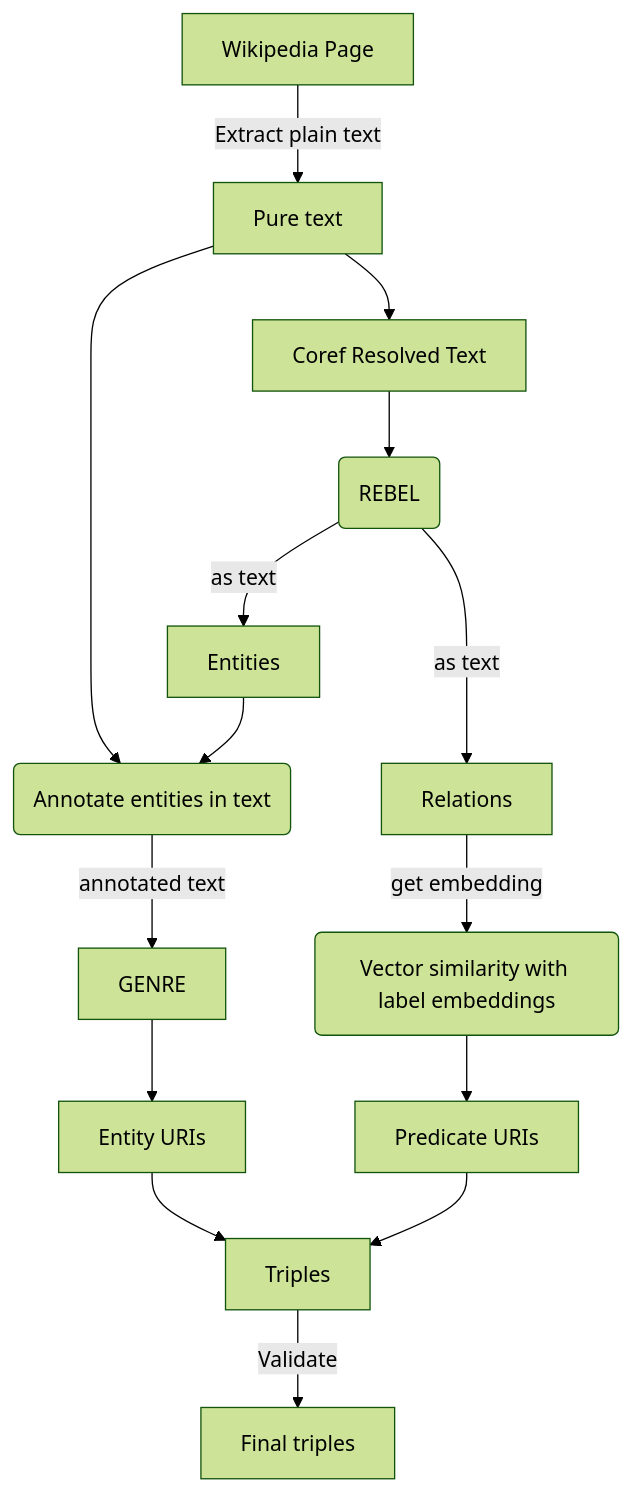
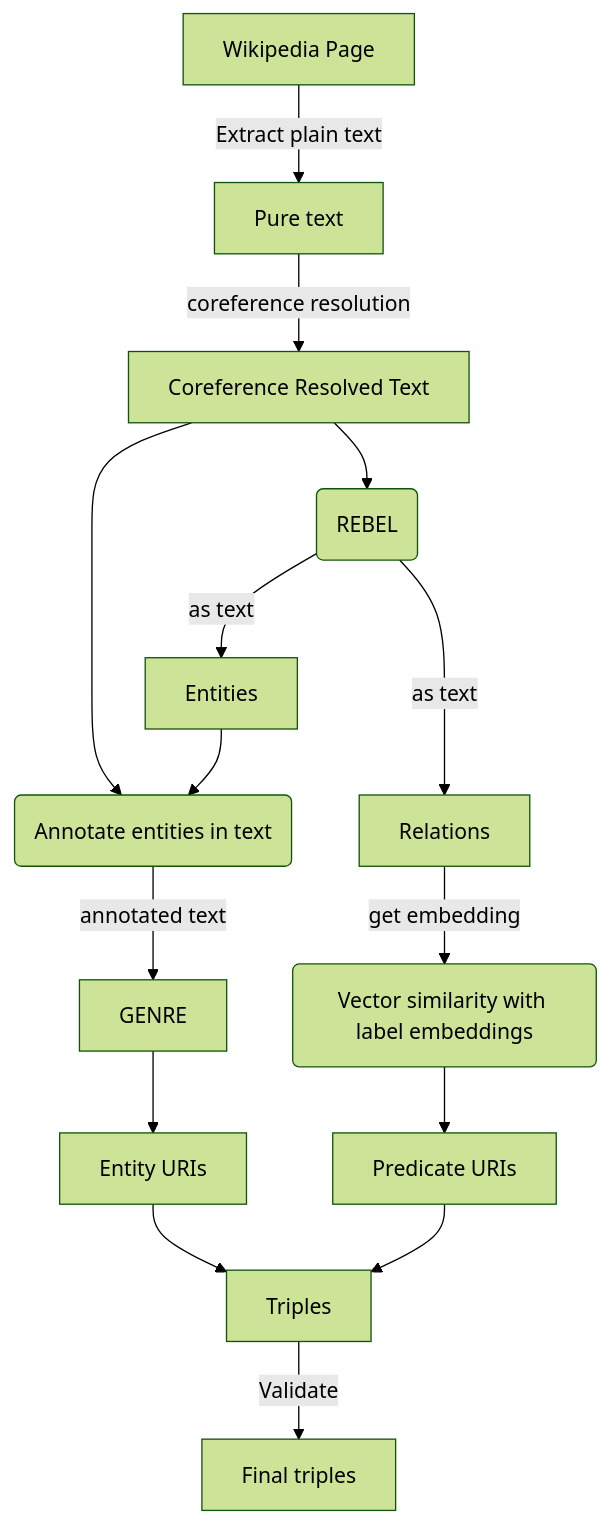
One commit to dbpedia/neural-extraction-framework changed the diagram in GSoC23/Readme.md. Above: the diagram before and after it, drawn with Mermaid (forest theme).

Commit message:
Update for coref

````diff
--- a/GSoC23/Readme.md
+++ b/GSoC23/Readme.md
@@ -40,24 +40,24 @@
 ```mermaid
 graph TD
     wiki_page[Wikipedia Page] --Extract plain text--> pure_text[Pure text]
 
-    pure_text-->coref_resolved_text[Coref Resolved Text]
+    pure_text--coreference resolution-->coref_resolved_text[Coreference Resolved Text]
     coref_resolved_text-->rebel(REBEL)
     rebel--as text-->entities[Entities]
     rebel--as text-->relations[Relations]
     
     relations--get embedding-->vector_similarity(Vector similarity with label embeddings);
     vector_similarity-->predicate_uris[Predicate URIs]
 
-    pure_text-->annotation_for_genre(Annotate entities in text)
+    coref_resolved_text-->annotation_for_genre(Annotate entities in text)
 
     entities-->annotation_for_genre
 
     annotation_for_genre--annotated text-->genre[GENRE]
 
     genre-->entity_uris[Entity URIs]
     
     entity_uris-->triples[Triples]
     predicate_uris-->triples[Triples]
     triples--Validate-->final_triples[Final triples]
 ```
````
